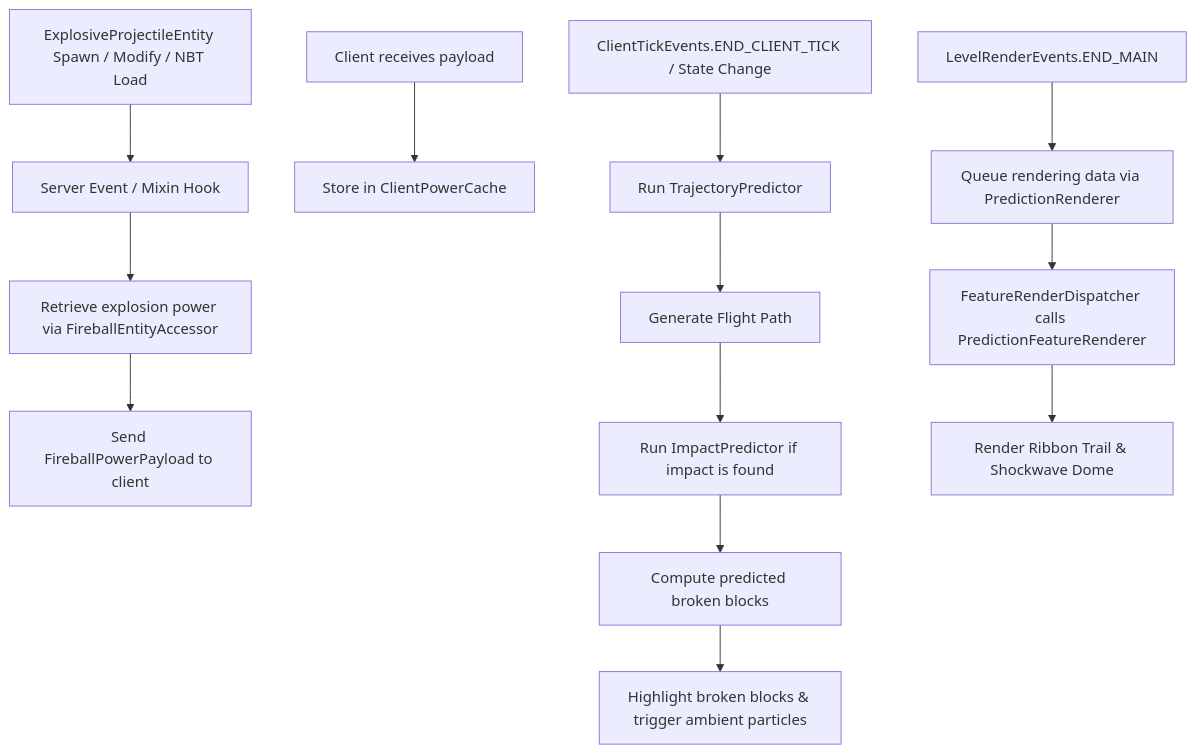
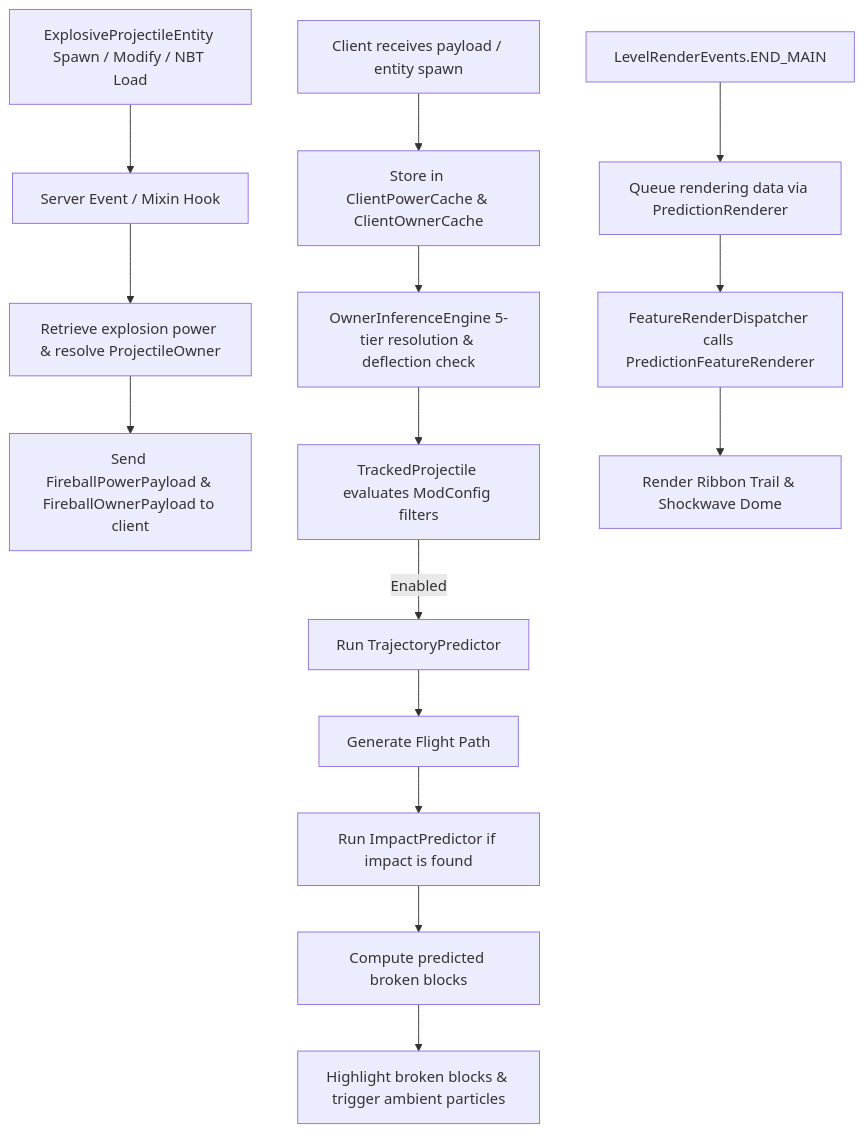
The diagram in agent.md (IsAvaible/FireballPredictor), drawn with Mermaid before and after one commit. The commit also changed other lines of this file and 27 other files, not shown here.

First line of the commit message:
Implement smart projectile owner tracking system and config previews

````diff
--- a/agent.md
+++ b/agent.md
@@ -11,15 +11,17 @@
 ```mermaid
 graph TD
     A[ExplosiveProjectileEntity Spawn / Modify / NBT Load] --> B[Server Event / Mixin Hook]
-    B --> C[Retrieve explosion power via FireballEntityAccessor]
-    C --> D[Send FireballPowerPayload to client]
-    E[Client receives payload] --> F[Store in ClientPowerCache]
-    G[ClientTickEvents.END_CLIENT_TICK / State Change] --> H[Run TrajectoryPredictor]
-    H --> I[Generate Flight Path]
-    I --> J[Run ImpactPredictor if impact is found]
-    J --> K[Compute predicted broken blocks]
-    K --> L[Highlight broken blocks & trigger ambient particles]
-    M[LevelRenderEvents.END_MAIN] --> N[Queue rendering data via PredictionRenderer]
-    N --> O[FeatureRenderDispatcher calls PredictionFeatureRenderer]
-    O --> P[Render Ribbon Trail & Shockwave Dome]
+    B --> C[Retrieve explosion power & resolve ProjectileOwner]
+    C --> D[Send FireballPowerPayload & FireballOwnerPayload to client]
+    E[Client receives payload / entity spawn] --> F[Store in ClientPowerCache & ClientOwnerCache]
+    F --> G[OwnerInferenceEngine 5-tier resolution & deflection check]
+    G --> H[TrackedProjectile evaluates ModConfig filters]
+    H -->|Enabled| I[Run TrajectoryPredictor]
+    I --> J[Generate Flight Path]
+    J --> K[Run ImpactPredictor if impact is found]
+    K --> L[Compute predicted broken blocks]
+    L --> M[Highlight broken blocks & trigger ambient particles]
+    N[LevelRenderEvents.END_MAIN] --> O[Queue rendering data via PredictionRenderer]
+    O --> P[FeatureRenderDispatcher calls PredictionFeatureRenderer]
+    P --> Q[Render Ribbon Trail & Shockwave Dome]
 ```
````
